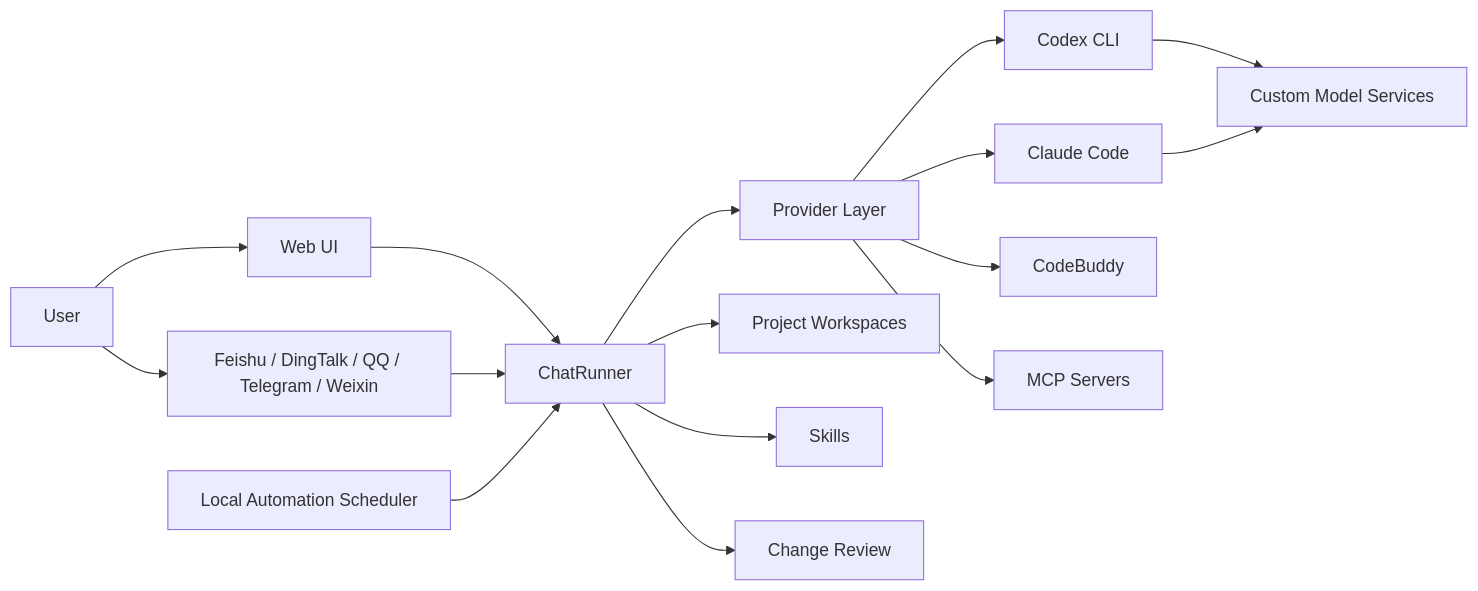
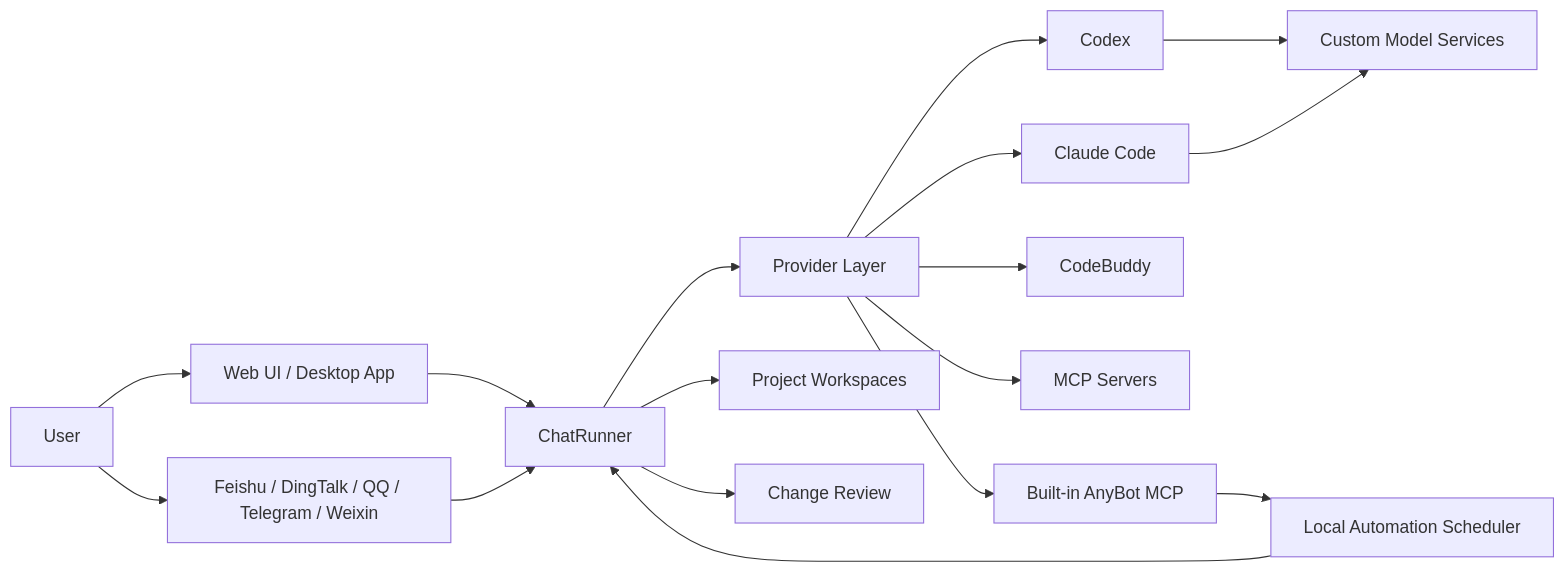
One commit to 1935417243/AnyBot changed the diagram in README.md. Above: the diagram before and after it, drawn with Mermaid. The commit also changed other lines of this file and 8 other files, not shown here.

First line of the commit message:
upd: README 同步 v1.0.15 功能并调整结构，更新截图

````diff
--- a/README.md
+++ b/README.md
@@ -71,18 +433,19 @@
 ```mermaid
 flowchart LR
-    User[User] --> WebUI[Web UI]
+    User[User] --> WebUI[Web UI / Desktop App]
     User --> Channels[Feishu / DingTalk / QQ / Telegram / Weixin]
     WebUI --> Runner[ChatRunner]
     Channels --> Runner
     Automation[Local Automation Scheduler] --> Runner
     Runner --> Providers[Provider Layer]
-    Providers --> Codex[Codex CLI]
+    Providers --> Codex[Codex]
     Providers --> Claude[Claude Code]
     Providers --> CodeBuddy[CodeBuddy]
     Codex --> ThirdParty[Custom Model Services]
     Claude --> ThirdParty
     Providers --> MCP[MCP Servers]
+    Providers --> AppMCP[Built-in AnyBot MCP]
+    AppMCP --> Automation
     Runner --> Workspace[Project Workspaces]
-    Runner --> Skills[Skills]
     Runner --> Review[Change Review]
 ```
````
